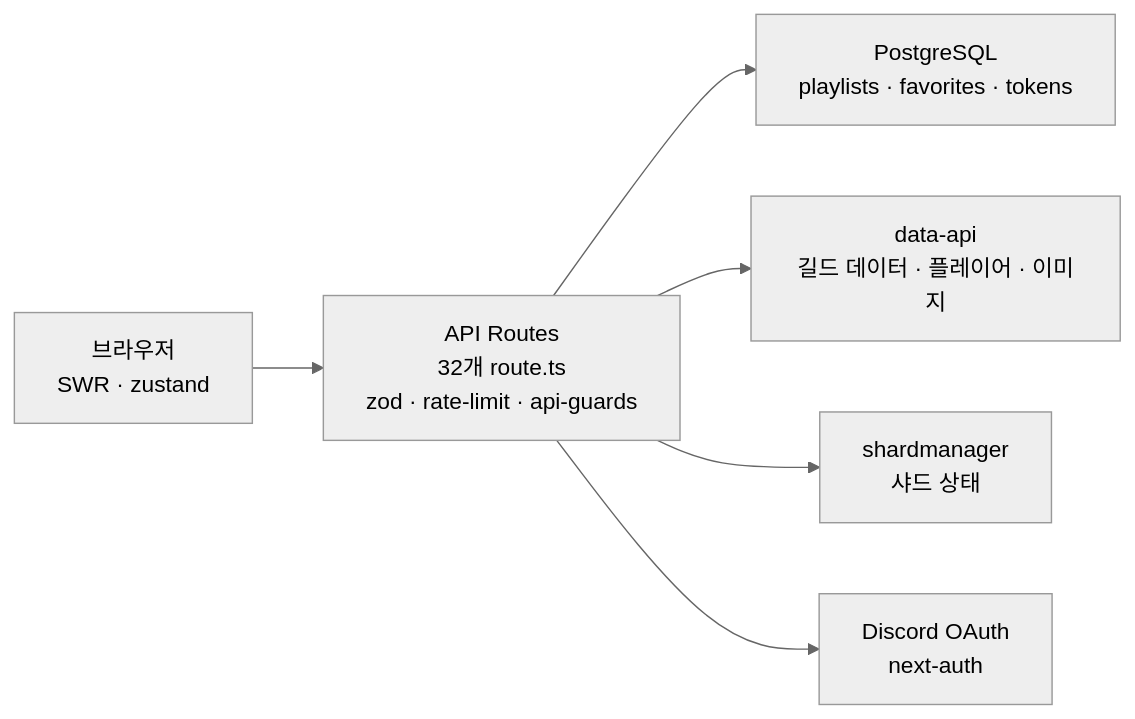
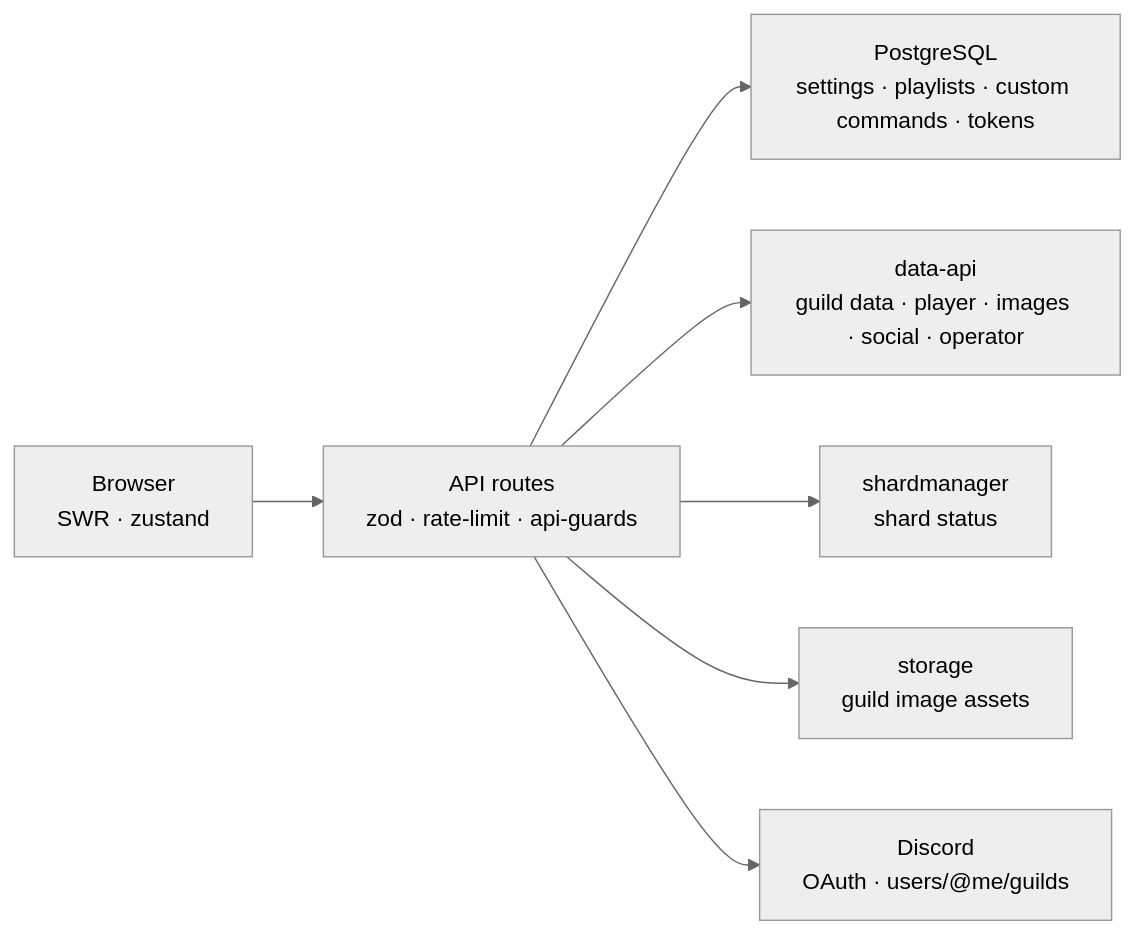
One commit to mochilabs/SiruBOT changed the fourth of 10 diagrams in docs/architecture.md. Above: the diagram before and after it, drawn with Mermaid (neutral theme). The commit also changed other lines of this file and 63 other files, not shown here.

````diff
--- a/docs/architecture.md
+++ b/docs/architecture.md
@@ -229,8 +241,9 @@
 ```mermaid
 graph LR
-    br["브라우저<br/>SWR · zustand"] --> route["API Routes<br/>32개 route.ts<br/>zod · rate-limit · api-guards"]
-    route --> prisma["PostgreSQL<br/>playlists · favorites · tokens"]
-    route --> da["data-api<br/>길드 데이터 · 플레이어 · 이미지"]
-    route --> sm["shardmanager<br/>샤드 상태"]
-    route --> oauth["Discord OAuth<br/>next-auth"]
+    br["Browser<br/>SWR · zustand"] --> route["API routes<br/>zod · rate-limit · api-guards"]
+    route --> prisma["PostgreSQL<br/>settings · playlists · custom commands · tokens"]
+    route --> da["data-api<br/>guild data · player · images · social · operator"]
+    route --> sm["shardmanager<br/>shard status"]
+    route --> st["storage<br/>guild image assets"]
+    route --> oauth["Discord<br/>OAuth · users/@me/guilds"]
 ```
````
